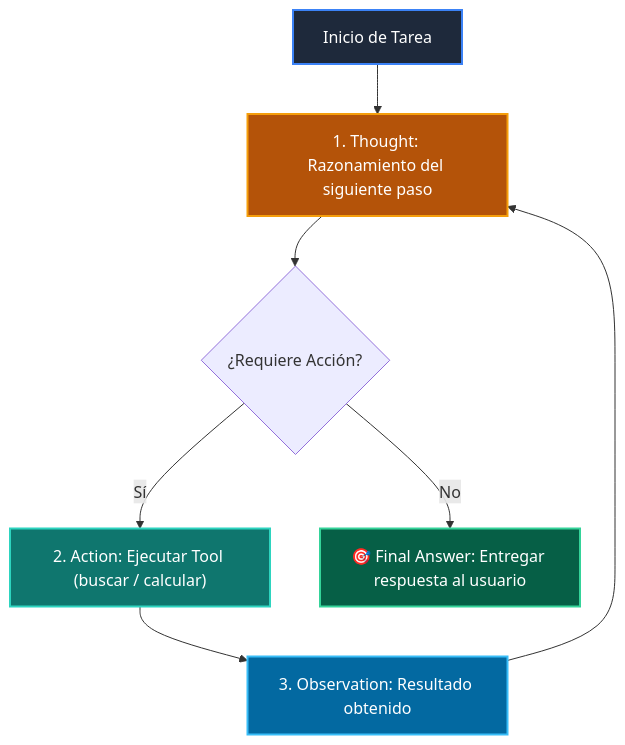
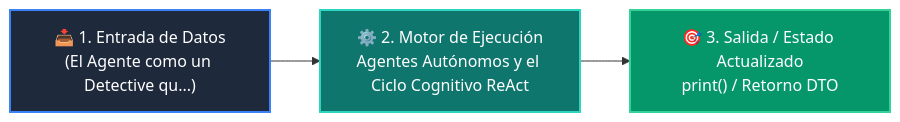
One commit to wisrovi/wisrovi-python changed the diagram in 03-agentes-ia/clase-07-agentes-autonomos-react/README.md. Above: the diagram before and after it, drawn with Mermaid. The commit also changed other lines of this file and 54 other files, not shown here.

Commit message:
refactor: clean repository root by moving maintenance scripts to scripts/ and restore rich high-contrast Mermaid diagrams for all classes and examples

````diff
--- a/03-agentes-ia/clase-07-agentes-autonomos-react/README.md
+++ b/03-agentes-ia/clase-07-agentes-autonomos-react/README.md
@@ -12,15 +12,9 @@
 ```mermaid
-flowchart TD
-    START["Inicio de Tarea"] --> THOUGHT["1. Thought: Razonamiento del siguiente paso"]
-    THOUGHT --> ACT{"¿Requiere Acción?"}
-    ACT -->|Sí| ACTION["2. Action: Ejecutar Tool (buscar / calcular)"]
-    ACTION --> OBS["3. Observation: Resultado obtenido"]
-    OBS --> THOUGHT
-    ACT -->|No| FINAL["🎯 Final Answer: Entregar respuesta al usuario"]
+flowchart LR
+    A["📥 1. Entrada de Datos<br/>(El Agente como un Detective qu...)"] --> B["⚙️ 2. Motor de Ejecución<br/>Agentes Autónomos y el Ciclo Cognitivo ReAct"]
+    B --> C["🎯 3. Salida / Estado Actualizado<br/>print() / Retorno DTO"]
 
-    style START fill:#1e293b,color:#fff,stroke:#3b82f6,stroke-width:2px
-    style THOUGHT fill:#b45309,color:#fff,stroke:#f59e0b,stroke-width:2px
-    style ACTION fill:#0f766e,color:#fff,stroke:#2dd4bf,stroke-width:2px
-    style OBS fill:#0369a1,color:#fff,stroke:#38bdf8,stroke-width:2px
-    style FINAL fill:#065f46,color:#fff,stroke:#34d399,stroke-width:2px
+    style A fill:#1e293b,color:#ffffff,stroke:#3b82f6,stroke-width:2px
+    style B fill:#0f766e,color:#ffffff,stroke:#2dd4bf,stroke-width:2px
+    style C fill:#059669,color:#ffffff,stroke:#34d399,stroke-width:2px
 ```
````
